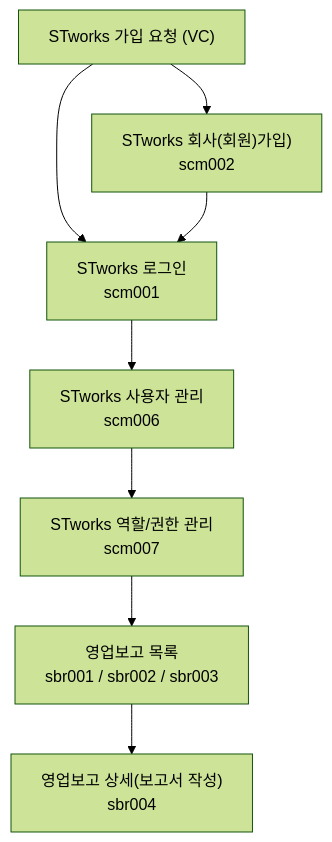
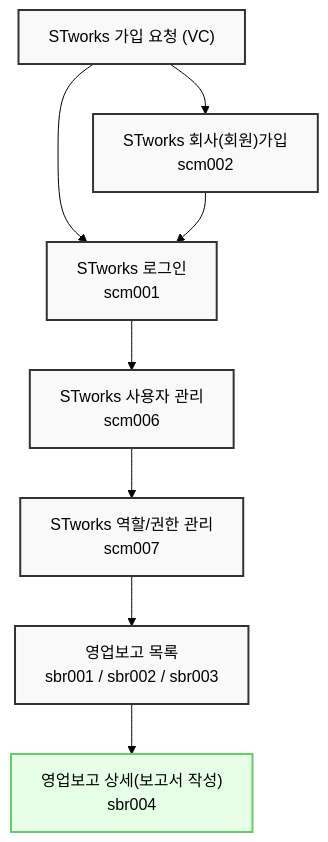
The diagram in _tabs/report.md (cotes2020/jekyll-theme-chirpy), drawn with Mermaid (forest theme) before and after one commit. The commit also changed other lines of this file and 5 other files, not shown here.

````diff
--- a/_tabs/report.md
+++ b/_tabs/report.md
@@ -10,18 +10,29 @@
 ```mermaid
 flowchart TD
     n1["STworks 가입 요청 (VC)"]
-    n2["STworks 회사(회원)가입)<br>scm002"]
+    n2["STworks 회사(회원)가입<br>scm002"]
     n3["STworks 로그인<br>scm001"]
     n4["STworks 사용자 관리<br>scm006"]
     n5["STworks 역할/권한 관리<br>scm007"]
     n6["영업보고 목록<br>sbr001 / sbr002 / sbr003"]
     n7["영업보고 상세(보고서 작성)<br>sbr004"]
     
     n1 --> n2
     n1 --> n3
     n2 --> n3
     n3 --> n4
     n4 --> n5
     n5 --> n6
     n6 --> n7
+
+    classDef default fill:#f9f9f9,stroke:#333,stroke-width:2px;
+    classDef highlight fill:#e6ffe6,stroke:#66cc66,stroke-width:2px;
+    class n7 highlight;
+
+    click n2 "{% post_url 2024-09-01-scm002 %}" " "
+    click n3 "{% post_url 2024-09-02-scm001 %}" " "
+    click n4 "{% post_url 2024-09-03-scm006 %}" " "
+    click n5 "{% post_url 2024-09-04-scm007 %}" " "
+    click n6 "{% post_url 2024-09-05-sbr001 %}" " "
+    click n7 "{% post_url 2024-09-06-sbr004 %}" " "
 ```
````
